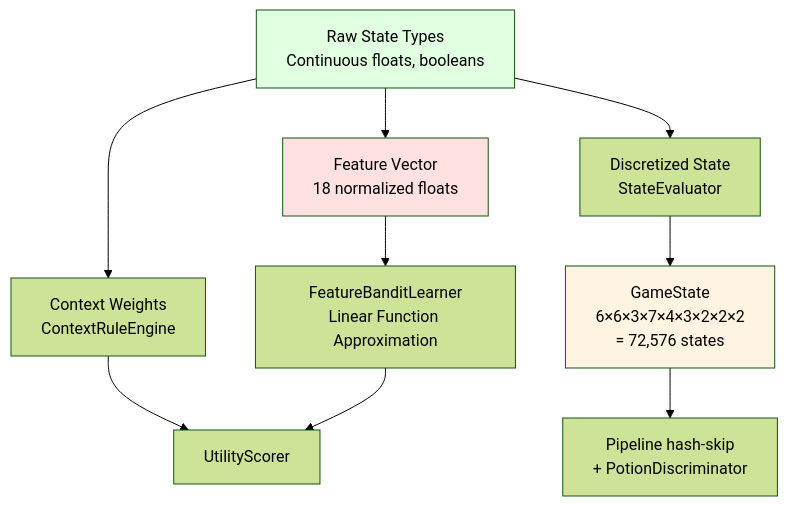
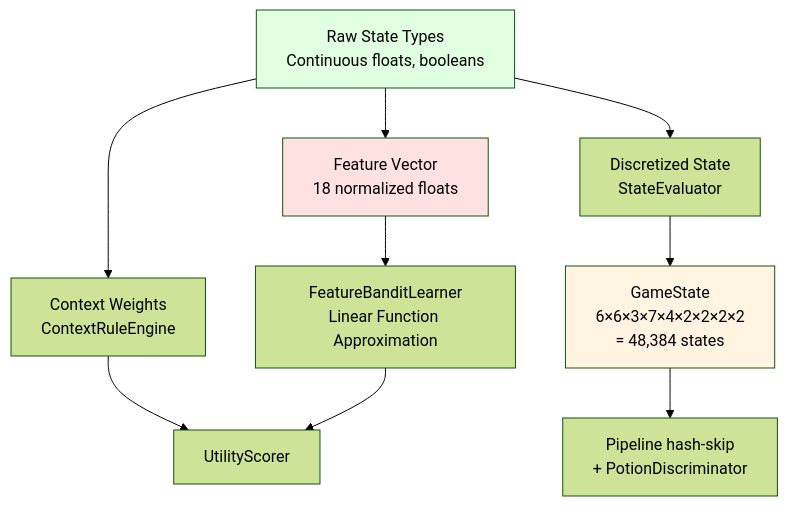
One commit to LandingCrew/huginn changed diagram 11 of 13 in docs/architecture/1-states.md. Above: the diagram before and after it, drawn with Mermaid (forest theme). The commit also changed other lines of this file and 7 other files, not shown here.

````diff
--- a/docs/architecture/1-states.md
+++ b/docs/architecture/1-states.md
@@ -982,18 +982,18 @@
 ```mermaid
 graph TB
     Raw[Raw State Types<br/>Continuous floats, booleans] --> CW[Context Weights<br/>ContextRuleEngine]
     Raw --> Disc[Discretized State<br/>StateEvaluator]
 
-    Disc --> GS["GameState<br/>6×6×3×7×4×3×2×2×2<br/>= 72,576 states"]
+    Disc --> GS["GameState<br/>6×6×3×7×4×2×2×2×2<br/>= 48,384 states"]
     GS --> Skip[Pipeline hash-skip<br/>+ PotionDiscriminator]
 
     Raw --> FV[Feature Vector<br/>18 normalized floats]
     FV --> BL[FeatureBanditLearner<br/>Linear Function Approximation]
 
     CW --> Scorer[UtilityScorer]
     BL --> Scorer
 
     style Raw fill:#e1ffe1
     style GS fill:#fff4e1
     style FV fill:#ffe1e1
 ```
````
